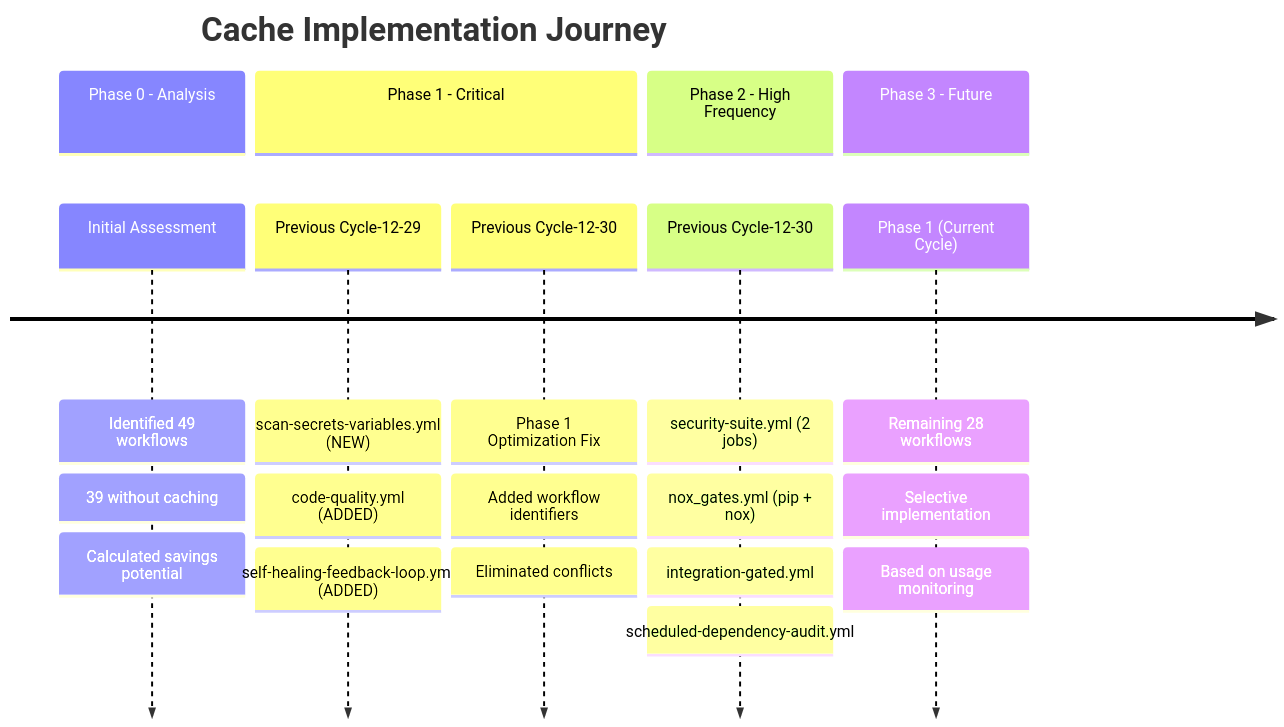
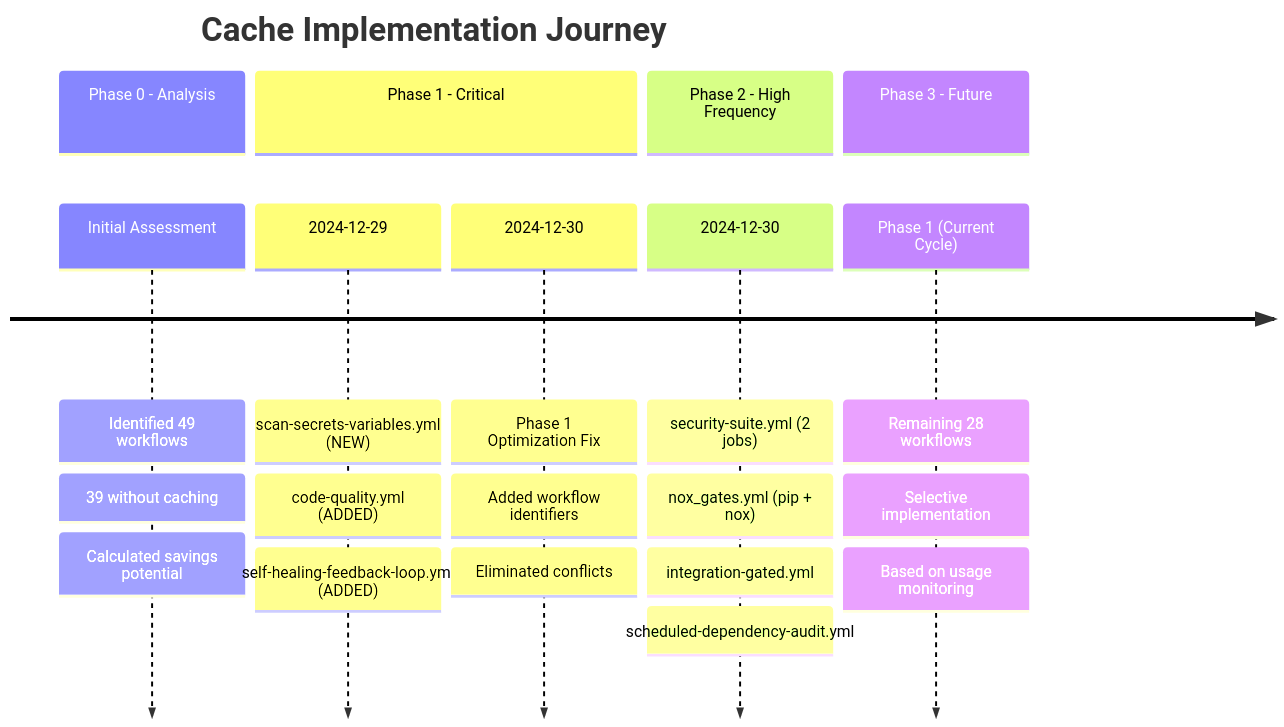
One commit to Aries-Serpent/_codex_ changed diagram 11 of 11 in .github/workflows/CACHE_ARCHITECTURE_DIAGRAMS.md. Above: the diagram before and after it, drawn with Mermaid. The commit also changed other lines of this file and 1112 other files, not shown here.

````diff
--- a/.github/workflows/CACHE_ARCHITECTURE_DIAGRAMS.md
+++ b/.github/workflows/CACHE_ARCHITECTURE_DIAGRAMS.md
@@ -504,28 +504,28 @@
 ```mermaid
 timeline
     title Cache Implementation Journey
     section Phase 0 - Analysis
         Initial Assessment : Identified 49 workflows
                           : 39 without caching
                           : Calculated savings potential
     
     section Phase 1 - Critical
-        Previous Cycle-12-29 : scan-secrets-variables.yml (NEW)
+        2024-12-29 : scan-secrets-variables.yml (NEW)
                    : code-quality.yml (ADDED)
                    : self-healing-feedback-loop.yml (ADDED)
         
-        Previous Cycle-12-30 : Phase 1 Optimization Fix
+        2024-12-30 : Phase 1 Optimization Fix
                    : Added workflow identifiers
                    : Eliminated conflicts
     
     section Phase 2 - High Frequency
-        Previous Cycle-12-30 : security-suite.yml (2 jobs)
+        2024-12-30 : security-suite.yml (2 jobs)
                    : nox_gates.yml (pip + nox)
                    : integration-gated.yml
                    : scheduled-dependency-audit.yml
     
     section Phase 3 - Future
         Phase 1 (Current Cycle) : Remaining 28 workflows
                 : Selective implementation
                 : Based on usage monitoring
 ```
````
